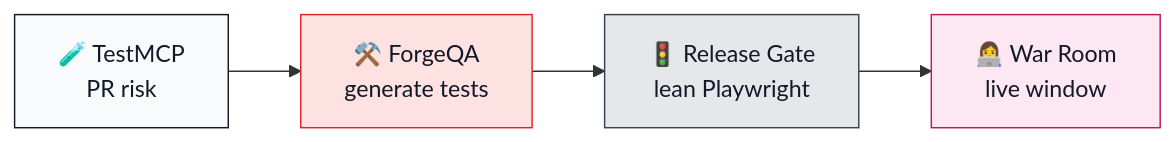
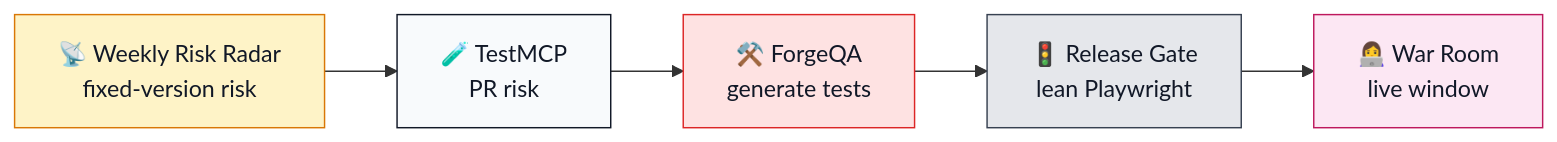
The diagram in README.md (ramonacraft/ramonacraft), drawn with Mermaid before and after one commit. The commit also changed other lines of this file, not shown here.

Commit message:
Add Weekly Risk Radar and expand Impact I've led.

````diff
--- a/README.md
+++ b/README.md
@@ -108,11 +109,13 @@
 ```mermaid
 flowchart LR
-  A["🧪 TestMCP<br/>PR risk"] --> B["⚒️ ForgeQA<br/>generate tests"]
+  R["📡 Weekly Risk Radar<br/>fixed-version risk"] --> A["🧪 TestMCP<br/>PR risk"]
+  A --> B["⚒️ ForgeQA<br/>generate tests"]
   B --> C["🚦 Release Gate<br/>lean Playwright"]
   C --> D["👩‍💻 War Room<br/>live window"]
 
+  style R fill:#FEF3C7,stroke:#D97706,color:#111827
   style A fill:#F8FAFC,stroke:#111827,color:#111827
   style B fill:#FEE2E2,stroke:#DC2626,color:#111827
   style C fill:#E5E7EB,stroke:#374151,color:#111827
   style D fill:#FCE7F3,stroke:#BE185D,color:#111827
 ```
````
